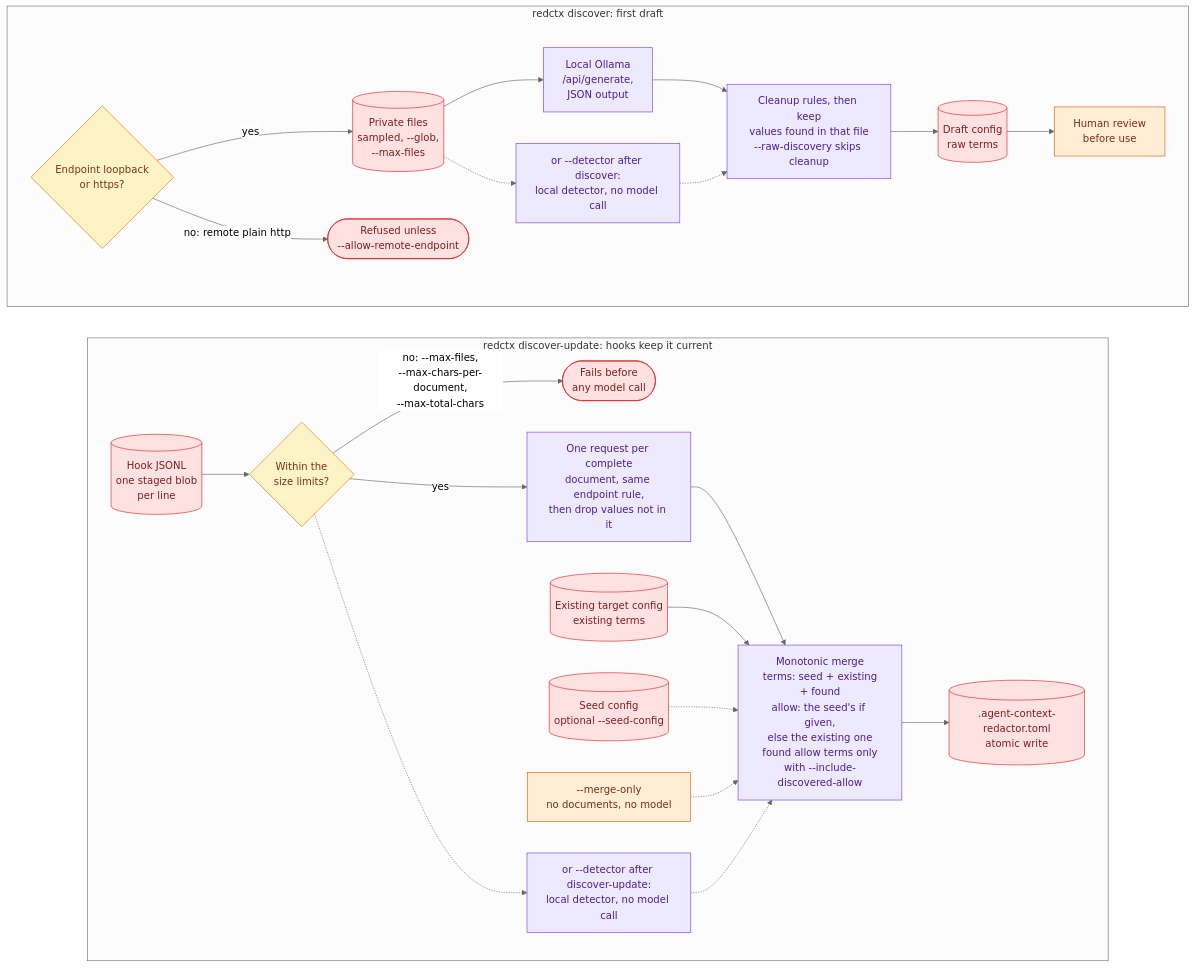
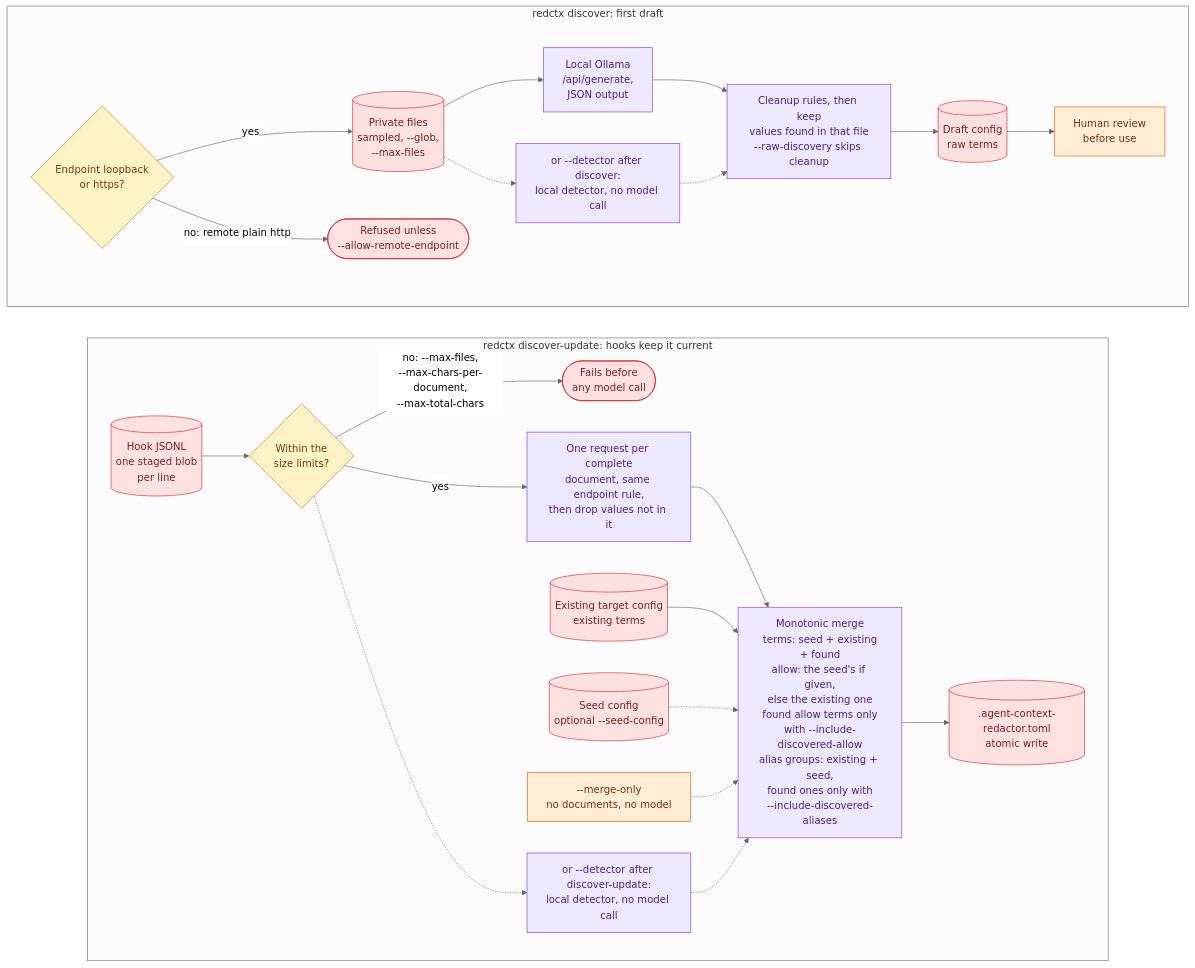
One commit to zoltan0803/redacted-context-mcp changed diagram 12 of 12 in README.md. Above: the diagram before and after it, drawn with Mermaid (neutral theme). The commit also changed other lines of this file and 9 other files, not shown here.

First line of the commit message:
feat: propose alias groups in discover and carry them through discover-update

````diff
--- a/README.md
+++ b/README.md
@@ -1361,55 +1363,55 @@
 ```mermaid
 flowchart TB
     subgraph DISC["redctx discover: first draft"]
         direction LR
         EP{"Endpoint loopback<br/>or https?"}
         REF(["Refused unless<br/>--allow-remote-endpoint"])
         PF[("Private files<br/>sampled, --glob,<br/>--max-files")]
         OLL["Local Ollama<br/>/api/generate,<br/>JSON output"]
         CL["Cleanup rules, then keep<br/>values found in that file<br/>--raw-discovery skips cleanup"]
         DRAFT[("Draft config<br/>raw terms")]
         HR["Human review<br/>before use"]
         DET1["or --detector after discover:<br/>local detector, no model call"]
         EP -- yes --> PF
         EP -- "no: remote plain http" --> REF
         PF --> OLL
         OLL --> CL
         CL --> DRAFT
         DRAFT --> HR
         PF -.-> DET1
         DET1 -.-> CL
     end
     subgraph UPD["redctx discover-update: hooks keep it current"]
         direction LR
         JL[("Hook JSONL<br/>one staged blob<br/>per line")]
         LIM{"Within the<br/>size limits?"}
         STOP(["Fails before<br/>any model call"])
         PER["One request per complete<br/>document, same endpoint rule,<br/>then drop values not in it"]
         EX[("Existing target config<br/>existing terms")]
         SEED[("Seed config<br/>optional --seed-config")]
         MO["--merge-only<br/>no documents, no model"]
-        MRG["Monotonic merge<br/>terms: seed + existing<br/>+ found<br/>allow: the seed's if given,<br/>else the existing one<br/>found allow terms only<br/>with --include-<br/>discovered-allow"]
+        MRG["Monotonic merge<br/>terms: seed + existing<br/>+ found<br/>allow: the seed's if given,<br/>else the existing one<br/>found allow terms only<br/>with --include-<br/>discovered-allow<br/>alias groups: existing + seed,<br/>found ones only with<br/>--include-discovered-aliases"]
         AW[(".agent-context-redactor.toml<br/>atomic write")]
         DET2["or --detector after discover-update:<br/>local detector, no model call"]
         JL --> LIM
         LIM -- "no: --max-files,<br/>--max-chars-per-document,<br/>--max-total-chars" --> STOP
         LIM -- yes --> PER
         PER --> MRG
         EX --> MRG
         SEED -.-> MRG
         MO -.-> MRG
         MRG --> AW
         LIM -.-> DET2
         DET2 -.-> MRG
     end
     DISC ~~~ UPD
 
     classDef step fill:#ede9fe,stroke:#7c3aed,color:#4c1d95
     classDef check fill:#fef3c7,stroke:#d97706,color:#78350f
     classDef human fill:#ffedd5,stroke:#ea580c,color:#7c2d12
     classDef raw fill:#fee2e2,stroke:#dc2626,color:#7f1d1d
     class PF,JL,DRAFT,SEED,EX,AW,REF,STOP raw
     class EP,LIM check
     class OLL,CL,PER,MRG,DET1,DET2 step
     class HR,MO human
 ```
````
